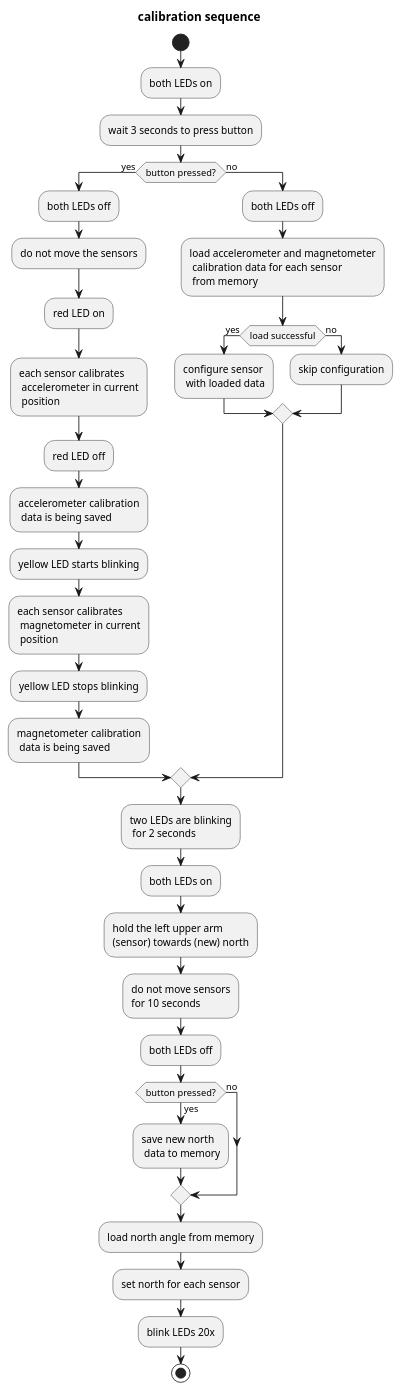
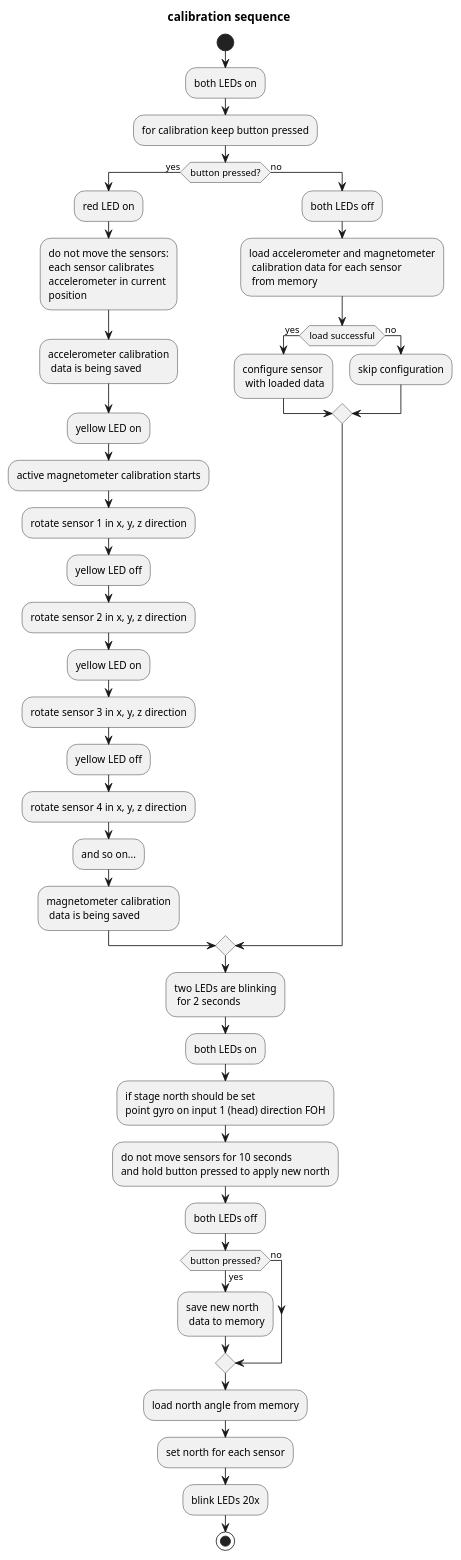
One commit to birkschmithuesen/MergingEntities changed the diagram in GyroArduino/firmwares/OneESP_SixMPU9250/doc-src/calibration.plantuml. Above: the diagram before and after it, drawn with PlantUML.

Commit message:
corrected calibration routine flowchart

```diff
--- a/GyroArduino/firmwares/OneESP_SixMPU9250/doc-src/calibration.plantuml
+++ b/GyroArduino/firmwares/OneESP_SixMPU9250/doc-src/calibration.plantuml
@@ -1,84 +1,91 @@
 @startuml
 
 title calibration sequence
 
 start
 
 :both LEDs on;
 
-:wait 3 seconds to press button;
+:for calibration keep button pressed;
 
 if (button pressed?) then (yes)
-  :both LEDs off;
-
-  :do not move the sensors;
-
   'passive acceleromenter calibration'
   :red LED on;
 
-  :each sensor calibrates
-   accelerometer in current
-   position;
-
-  :red LED off;
+  :do not move the sensors:
+  each sensor calibrates
+  accelerometer in current
+  position;
 
   :accelerometer calibration
    data is being saved;
 
-  'passice magnetometer calibration'
-  :yellow LED starts blinking;
+  'active magnetometer calibration'
+  :yellow LED on;
 
-  :each sensor calibrates
-   magnetometer in current
-   position;
-
-  :yellow LED stops blinking;
+  :active magnetometer calibration starts;
+  
+  :rotate sensor 1 in x, y, z direction;
+  
+  :yellow LED off;
+  
+  :rotate sensor 2 in x, y, z direction;
+  
+  :yellow LED on;
+  
+  :rotate sensor 3 in x, y, z direction;
+  
+  :yellow LED off;
+  
+  :rotate sensor 4 in x, y, z direction;
+  
+  :and so on...;
 
   :magnetometer calibration
    data is being saved;
 
 else (no)
   :both LEDs off;
 
   :load accelerometer and magnetometer
    calibration data for each sensor
    from memory;
 
   if (load successful) then (yes)
     :configure sensor
      with loaded data;
   else (no)
     :skip configuration;
   endif
 
 endif
 
 :two LEDs are blinking
  for 2 seconds;
 
 :both LEDs on;
 
-:hold the left upper arm
-(sensor) towards (new) north;
+:if stage north should be set
+point gyro on input 1 (head) direction FOH;
 
-:do not move sensors
-for 10 seconds;
+:do not move sensors for 10 seconds 
+and hold button pressed to apply new north;
 
 :both LEDs off;
 
 if (button pressed?) then (yes)
   :save new north
    data to memory;
 else (no)
 
 endif
 
 :load north angle from memory;
 
 :set north for each sensor;
 
 :blink LEDs 20x;
 
 stop
 
 @enduml
```
